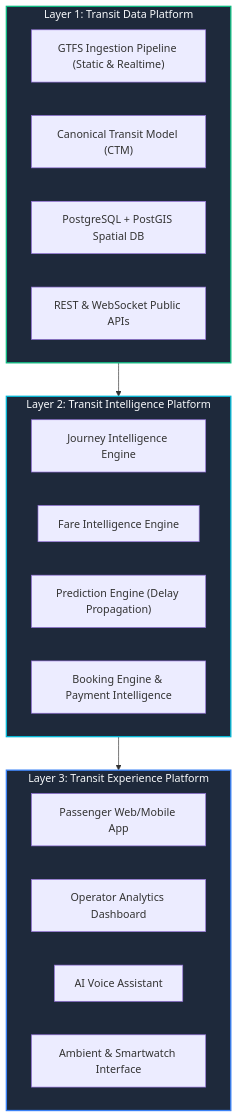
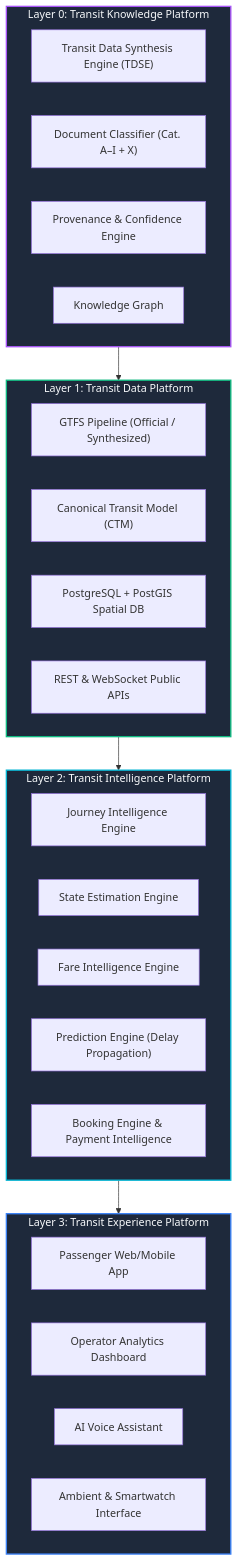
Before and after one commit to Gautam2665/MetroRadar: the diagram in ROADMAP.md, drawn with Mermaid. The commit also changed other lines of this file and 3 other files, not shown here.

First line of the commit message:
docs(arch): add GTFS Engineering Synthesis — Transit Data Synthesis Engine (TDSE) architecture

````diff
--- a/ROADMAP.md
+++ b/ROADMAP.md
@@ -9,30 +11,40 @@
 ```mermaid
 graph TD
     subgraph Layer3["Layer 3: Transit Experience Platform"]
         A["Passenger Web/Mobile App"]
         B["Operator Analytics Dashboard"]
         C["AI Voice Assistant"]
         D["Ambient & Smartwatch Interface"]
     end
 
     subgraph Layer2["Layer 2: Transit Intelligence Platform"]
         E["Journey Intelligence Engine"]
+        SE["State Estimation Engine"]
         F["Fare Intelligence Engine"]
         G["Prediction Engine (Delay Propagation)"]
         H["Booking Engine & Payment Intelligence"]
     end
 
     subgraph Layer1["Layer 1: Transit Data Platform"]
-        I["GTFS Ingestion Pipeline (Static & Realtime)"]
+        I["GTFS Pipeline (Official / Synthesized)"]
         J["Canonical Transit Model (CTM)"]
         K["PostgreSQL + PostGIS Spatial DB"]
         L["REST & WebSocket Public APIs"]
     end
 
+    subgraph Layer0["Layer 0: Transit Knowledge Platform"]
+        TDSE["Transit Data Synthesis Engine (TDSE)"]
+        DC["Document Classifier (Cat. A–I + X)"]
+        PV["Provenance & Confidence Engine"]
+        KG["Knowledge Graph"]
+    end
+
+    Layer0 --> Layer1
     Layer1 --> Layer2
     Layer2 --> Layer3
 
+    style Layer0 fill:#1e293b,stroke:#a855f7,stroke-width:2px,color:#f8fafc
     style Layer1 fill:#1e293b,stroke:#10b981,stroke-width:2px,color:#f8fafc
     style Layer2 fill:#1e293b,stroke:#06b6d4,stroke-width:2px,color:#f8fafc
     style Layer3 fill:#1e293b,stroke:#3b82f6,stroke-width:2px,color:#f8fafc
 ```
````
